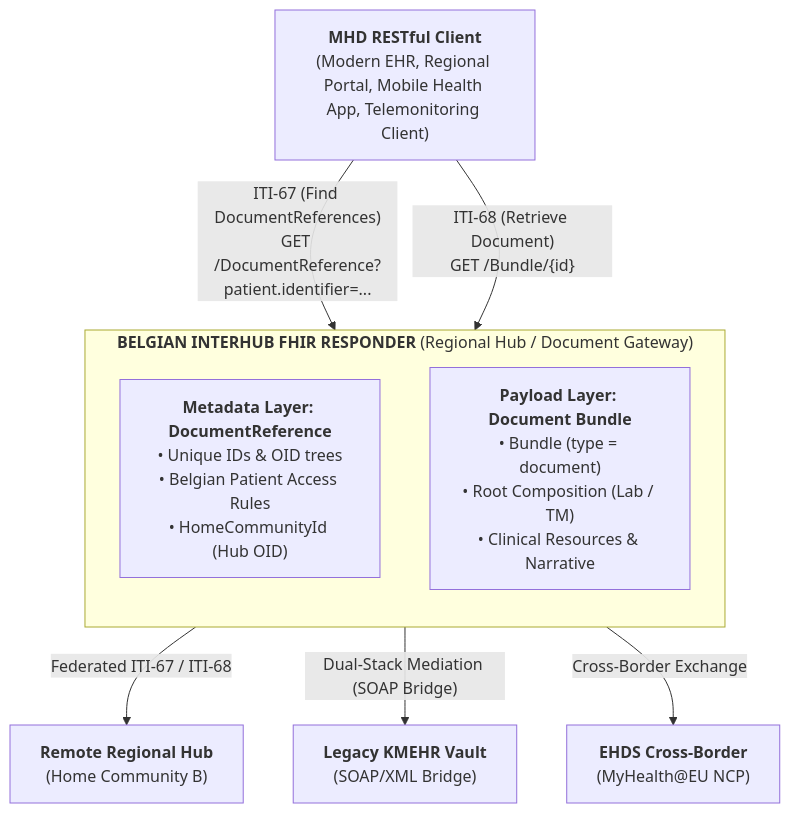
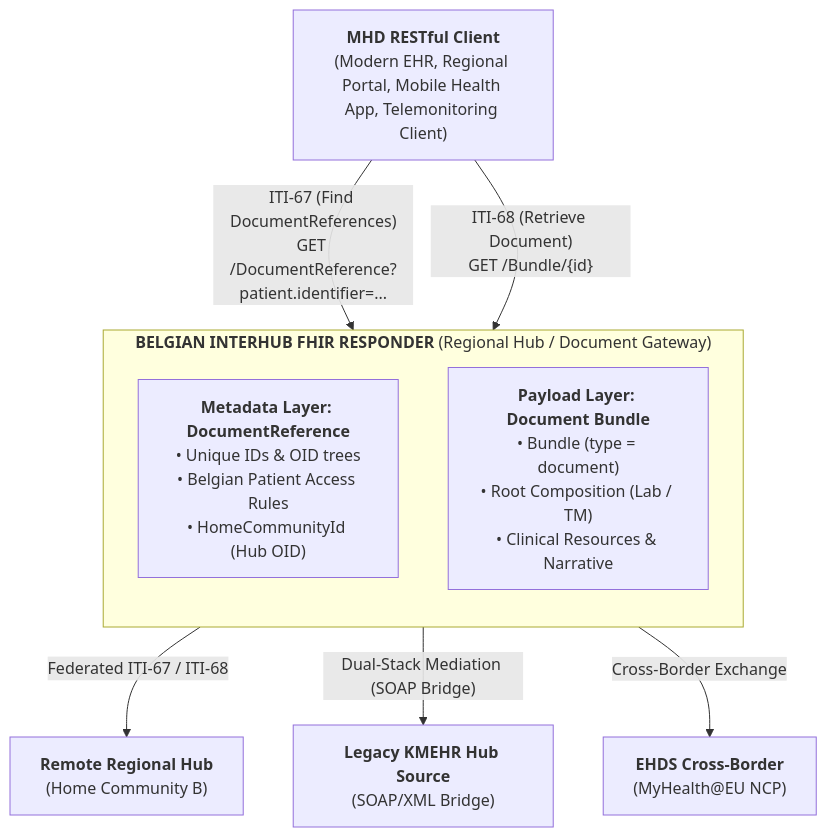
The second of 3 diagrams in input/pagecontent/architecture.md (Erwin-Bellon/hubsharing), drawn with Mermaid before and after one commit. The commit also changed other lines of this file and 17 other files, not shown here.

````diff
--- a/input/pagecontent/architecture.md
+++ b/input/pagecontent/architecture.md
@@ -58,21 +81,21 @@
 ```mermaid
 flowchart TD
     Client["<b>MHD RESTful Client</b><br/>(Modern EHR, Regional Portal, Mobile Health App, Telemonitoring Client)"]
 
     subgraph Responder["<b>BELGIAN INTERHUB FHIR RESPONDER</b> (Regional Hub / Document Gateway)"]
         direction TB
         MetaLayer["<b>Metadata Layer: DocumentReference</b><br/>• Unique IDs & OID trees<br/>• Belgian Patient Access Rules<br/>• HomeCommunityId (Hub OID)"]
         PayloadLayer["<b>Payload Layer: Document Bundle</b><br/>• Bundle (type = document)<br/>• Root Composition (Lab / TM)<br/>• Clinical Resources & Narrative"]
     end
 
     RemoteHub["<b>Remote Regional Hub</b><br/>(Home Community B)"]
-    LegacyVault["<b>Legacy KMEHR Vault</b><br/>(SOAP/XML Bridge)"]
+    LegacySource["<b>Legacy KMEHR Hub Source</b><br/>(SOAP/XML Bridge)"]
     EHDS["<b>EHDS Cross-Border</b><br/>(MyHealth@EU NCP)"]
 
     Client -->|"ITI-67 (Find DocumentReferences)<br/>GET /DocumentReference?patient.identifier=..."| MetaLayer
     Client -->|"ITI-68 (Retrieve Document)<br/>GET /Bundle/{id}"| PayloadLayer
 
     Responder -->|"Federated ITI-67 / ITI-68"| RemoteHub
-    Responder -->|"Dual-Stack Mediation (SOAP Bridge)"| LegacyVault
+    Responder -->|"Dual-Stack Mediation (SOAP Bridge)"| LegacySource
     Responder -->|"Cross-Border Exchange"| EHDS
 ```
````
